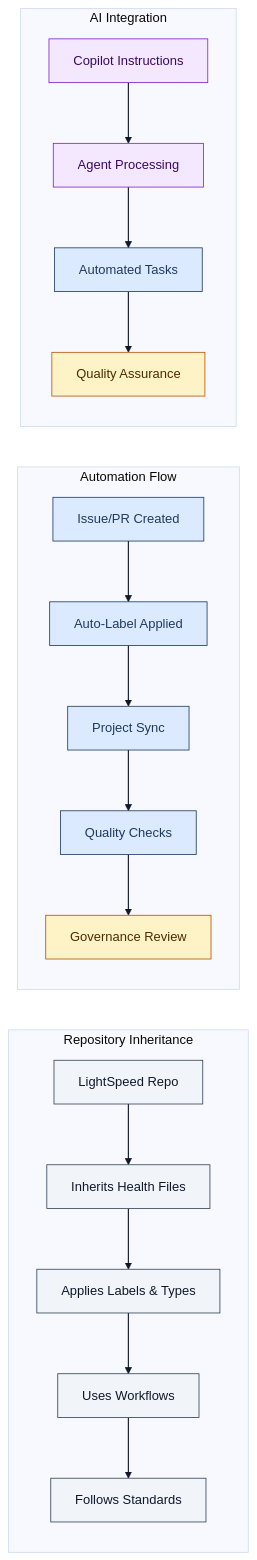
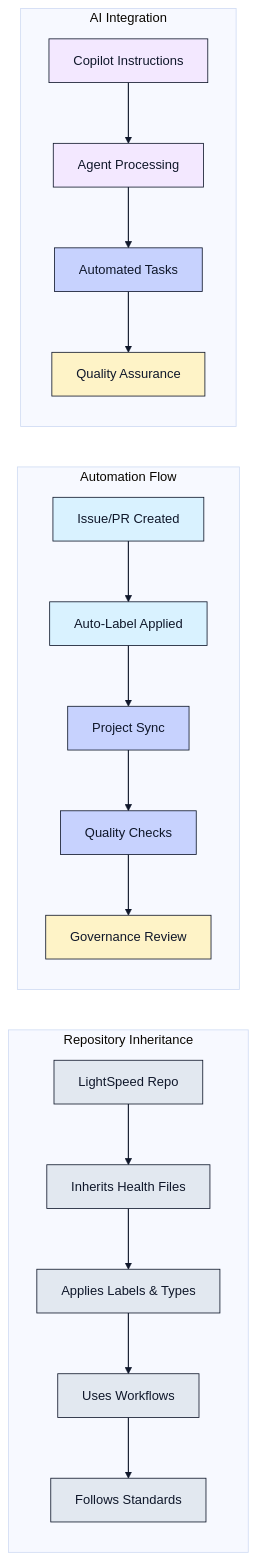
One commit to lightspeedwp/.github changed the second of 7 diagrams in README.md. Above: the diagram before and after it, drawn with Mermaid (base theme). The commit also changed other lines of this file and 16 other files, not shown here.

First line of the commit message:
feat(mermaid): WCAG 2.2 AA colour contrast validation and updated diagram standards (#977)

````diff
--- a/README.md
+++ b/README.md
@@ -228,49 +226,47 @@
 ```mermaid
----
+flowchart LR
 accTitle: Inheritance and automation flow
 accDescr: Shows how canonical community health files propagate through automation workflows and AI integration to enforce labels, standards, and governance.
----
-flowchart LR
   subgraph "Repository Inheritance"
     A[LightSpeed Repo] --> B[Inherits Health Files]
     B --> C[Applies Labels & Types]
     C --> D[Uses Workflows]
     D --> E[Follows Standards]
   end
 
   subgraph "Automation Flow"
     F[Issue/PR Created] --> G[Auto-Label Applied]
     G --> H[Project Sync]
     H --> I[Quality Checks]
     I --> J[Governance Review]
   end
 
   subgraph "AI Integration"
     K[Copilot Instructions] --> L[Agent Processing]
     L --> M[Automated Tasks]
     M --> N[Quality Assurance]
   end
 
-  classDef repo fill:#f1f5f9,color:#0f172a,stroke:#334155
-  classDef automation fill:#dbeafe,color:#1e3a5f,stroke:#1e3a5f
-  classDef ai fill:#f3e8ff,color:#3b0764,stroke:#7e22ce
-  classDef development fill:#dbeafe,color:#1e3a5f,stroke:#1e3a5f
-  classDef review fill:#fef3c7,color:#4a2c00,stroke:#b45309
+  classDef repo fill:#e2e8f0,stroke:#0f172a,color:#0f172a
+  classDef automation fill:#d9f2ff,stroke:#0f172a,color:#0f172a
+  classDef ai fill:#f3e8ff,stroke:#0f172a,color:#0f172a
+  classDef development fill:#c7d2fe,stroke:#0f172a,color:#0f172a
+  classDef review fill:#fef3c7,stroke:#0f172a,color:#0f172a
 
   class A repo
   class B repo
   class C repo
   class D repo
   class E repo
   class F automation
   class G automation
   class H development
   class I development
   class J review
   class K ai
   class L ai
   class M development
   class N review
 
   linkStyle default stroke:#0f172a,stroke-width:1.4px
 ```
````
